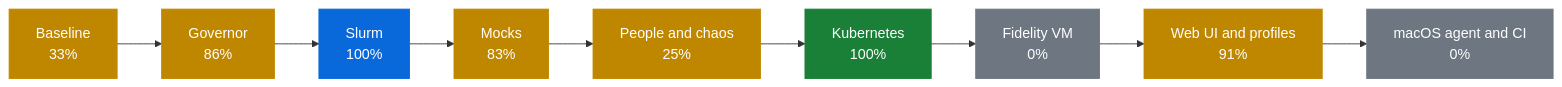
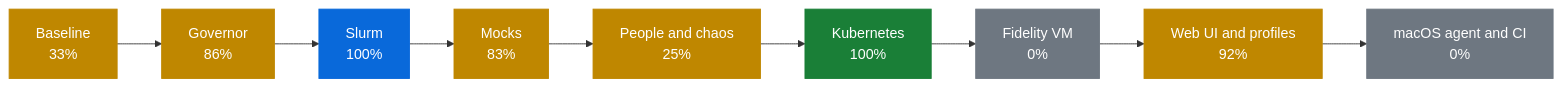
The first of 2 diagrams in docs/PROGRESS.md (AhmedYousriSobhi/workbench), drawn with Mermaid before and after one commit. The commit also changed other lines of this file and 21 other files, not shown here.

````diff
--- a/docs/PROGRESS.md
+++ b/docs/PROGRESS.md
@@ -10,17 +10,17 @@
 ```mermaid
 flowchart LR
     p0["Baseline<br/>33%"]:::partial
     p1["Governor<br/>86%"]:::partial
     p2["Slurm<br/>100%"]:::review
     p3["Mocks<br/>83%"]:::partial
     p4["People and chaos<br/>25%"]:::partial
     p5["Kubernetes<br/>100%"]:::done
     p6["Fidelity VM<br/>0%"]:::todo
-    p7["Web UI and profiles<br/>91%"]:::partial
+    p7["Web UI and profiles<br/>92%"]:::partial
     p8["macOS agent and CI<br/>0%"]:::todo
     p0 --> p1 --> p2 --> p3 --> p4 --> p5 --> p6 --> p7 --> p8
     classDef done fill:#1a7f37,stroke:#1a7f37,color:#fff
     classDef review fill:#0969da,stroke:#0969da,color:#fff
     classDef partial fill:#bf8700,stroke:#bf8700,color:#fff
     classDef todo fill:#6e7781,stroke:#6e7781,color:#fff
 ```
````
